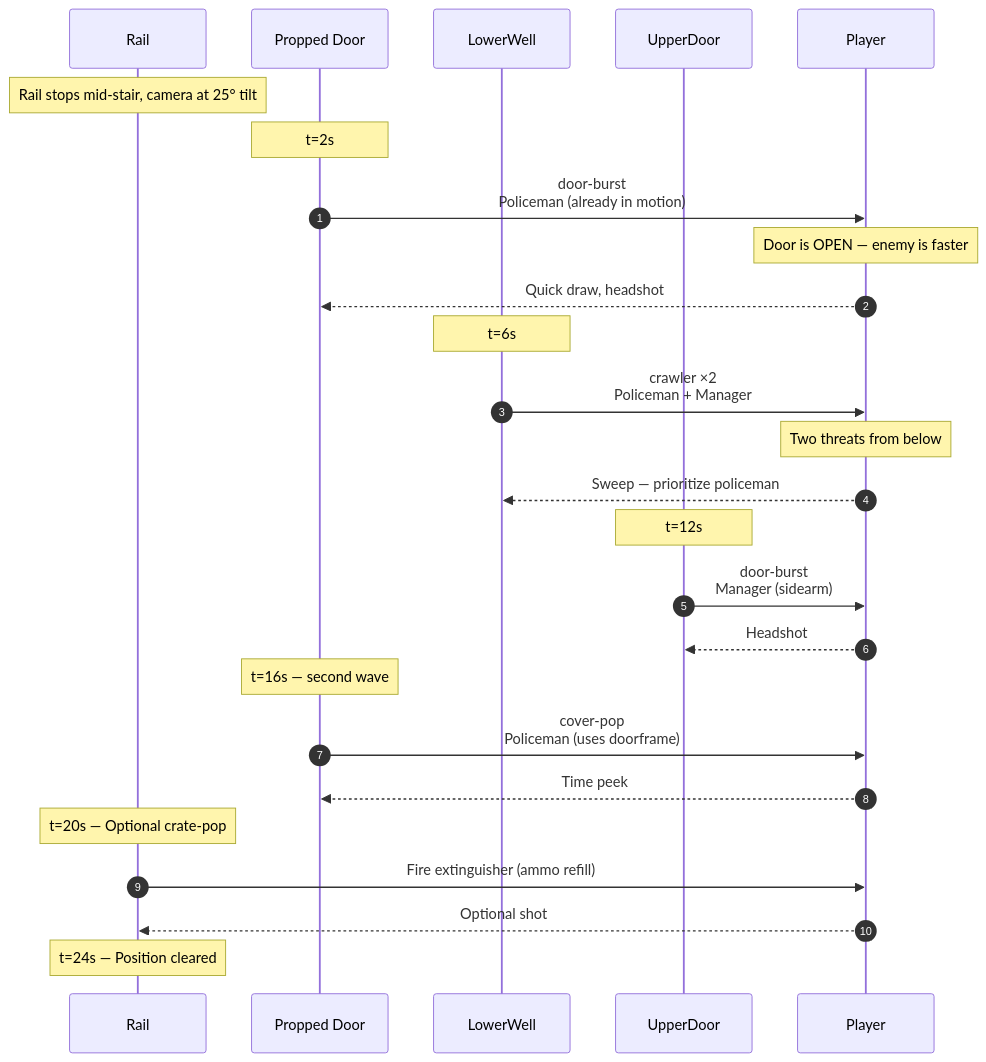
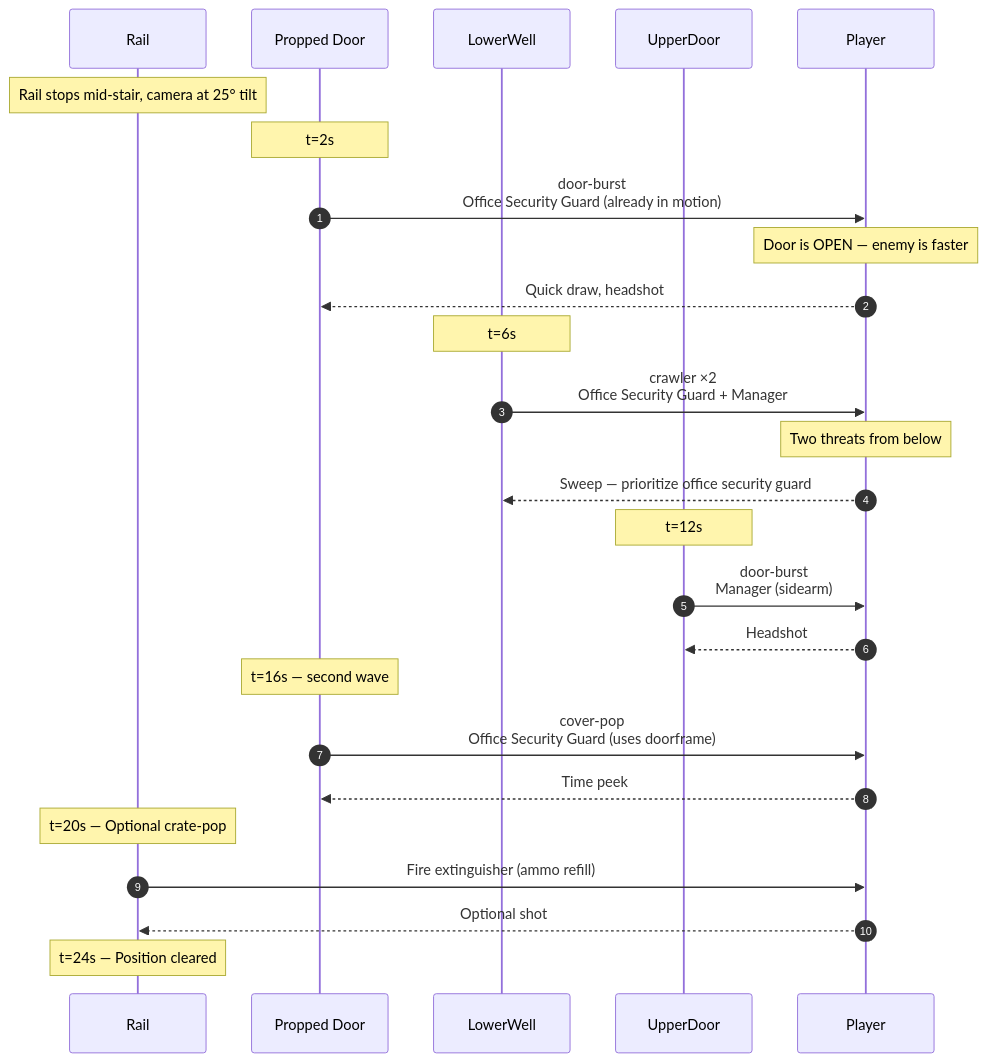
The second of 3 diagrams in docs/spec/levels/04-stairway-B.md (arcade-cabinet/department-of-redundancy-department), drawn with Mermaid before and after one commit. The commit also changed other lines of this file and 14 other files, not shown here.

First line of the commit message:
refactor(lore): repurpose policeman → office security guard, swat → head of security

````diff
--- a/docs/spec/levels/04-stairway-B.md
+++ b/docs/spec/levels/04-stairway-B.md
@@ -62,35 +62,35 @@
 ```mermaid
 sequenceDiagram
     autonumber
     participant Rail
     participant PropDoor as Propped Door
     participant LowerWell
     participant UpperDoor
     participant Player
 
     Note over Rail: Rail stops mid-stair, camera at 25° tilt
 
     Note over PropDoor: t=2s
-    PropDoor->>Player: door-burst<br/>Policeman (already in motion)
+    PropDoor->>Player: door-burst<br/>Office Security Guard (already in motion)
     Note over Player: Door is OPEN — enemy is faster
     Player-->>PropDoor: Quick draw, headshot
 
     Note over LowerWell: t=6s
-    LowerWell->>Player: crawler ×2<br/>Policeman + Manager
+    LowerWell->>Player: crawler ×2<br/>Office Security Guard + Manager
     Note over Player: Two threats from below
-    Player-->>LowerWell: Sweep — prioritize policeman
+    Player-->>LowerWell: Sweep — prioritize office security guard
 
     Note over UpperDoor: t=12s
     UpperDoor->>Player: door-burst<br/>Manager (sidearm)
     Player-->>UpperDoor: Headshot
 
     Note over PropDoor: t=16s — second wave
-    PropDoor->>Player: cover-pop<br/>Policeman (uses doorframe)
+    PropDoor->>Player: cover-pop<br/>Office Security Guard (uses doorframe)
     Player-->>PropDoor: Time peek
 
     Note over Rail: t=20s — Optional crate-pop
     Rail->>Player: Fire extinguisher (ammo refill)
     Player-->>Rail: Optional shot
 
     Note over Rail: t=24s — Position cleared
 ```
````
